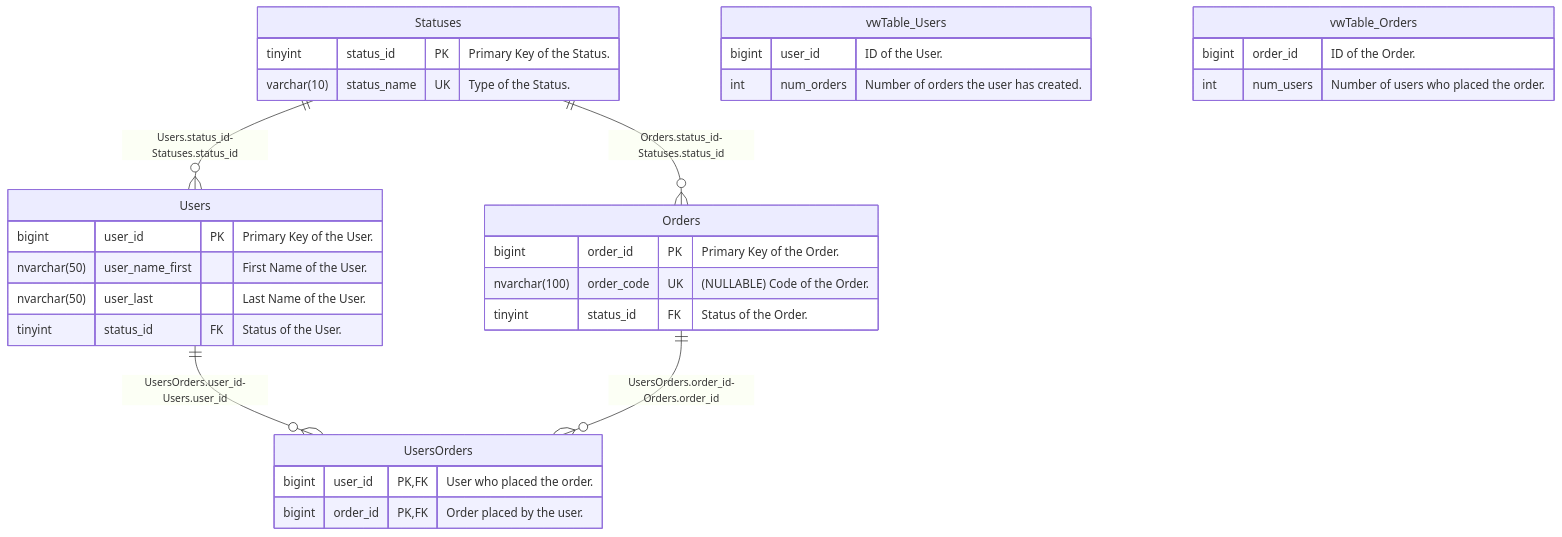
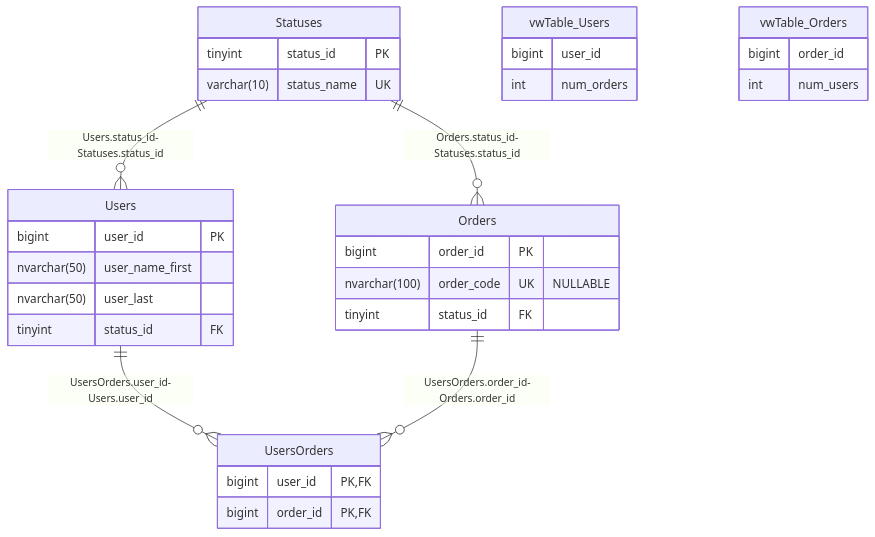
Before and after one commit to ShaunAlt/DB-Model-Creator: the first of 2 diagrams in tests/test_read/test.md, drawn with Mermaid. The commit also changed other lines of this file and 4 other files, not shown here.

````diff
--- a/tests/test_read/test.md
+++ b/tests/test_read/test.md
@@ -6,34 +6,35 @@
 ``` mermaid
 erDiagram
     Statuses {
-        tinyint status_id PK "Primary Key of the Status."
-        varchar(10) status_name UK "Type of the Status."
+        tinyint status_id PK
+        varchar(10) status_name UK
     }
     Users {
-        bigint user_id PK "Primary Key of the User."
-        nvarchar(50) user_name_first "First Name of the User."
-        nvarchar(50) user_last "Last Name of the User."
-        tinyint status_id FK "Status of the User."
+        bigint user_id PK
+        nvarchar(50) user_name_first
+        nvarchar(50) user_last
+        tinyint status_id FK
     }
     Orders {
-        bigint order_id PK "Primary Key of the Order."
-        nvarchar(100) order_code UK "(NULLABLE) Code of the Order."
-        tinyint status_id FK "Status of the Order."
+        bigint order_id PK
+        nvarchar(100) order_code UK "NULLABLE"
+        tinyint status_id FK
     }
     UsersOrders {
-        bigint user_id PK, FK "User who placed the order."
-        bigint order_id PK, FK "Order placed by the user."
+        %% No Update Trigger
+        bigint user_id PK, FK
+        bigint order_id PK, FK
     }
     vwTable_Users {
-        bigint user_id "ID of the User."
-        int num_orders "Number of orders the user has created."
+        bigint user_id
+        int num_orders
     }
     vwTable_Orders {
-        bigint order_id "ID of the Order."
-        int num_users "Number of users who placed the order."
+        bigint order_id
+        int num_users
     }
     Statuses ||--o{ Users : "Users.status_id-Statuses.status_id"
     Statuses ||--o{ Orders : "Orders.status_id-Statuses.status_id"
     Users ||--o{ UsersOrders : "UsersOrders.user_id-Users.user_id"
     Orders ||--o{ UsersOrders : "UsersOrders.order_id-Orders.order_id"
 ```
````
